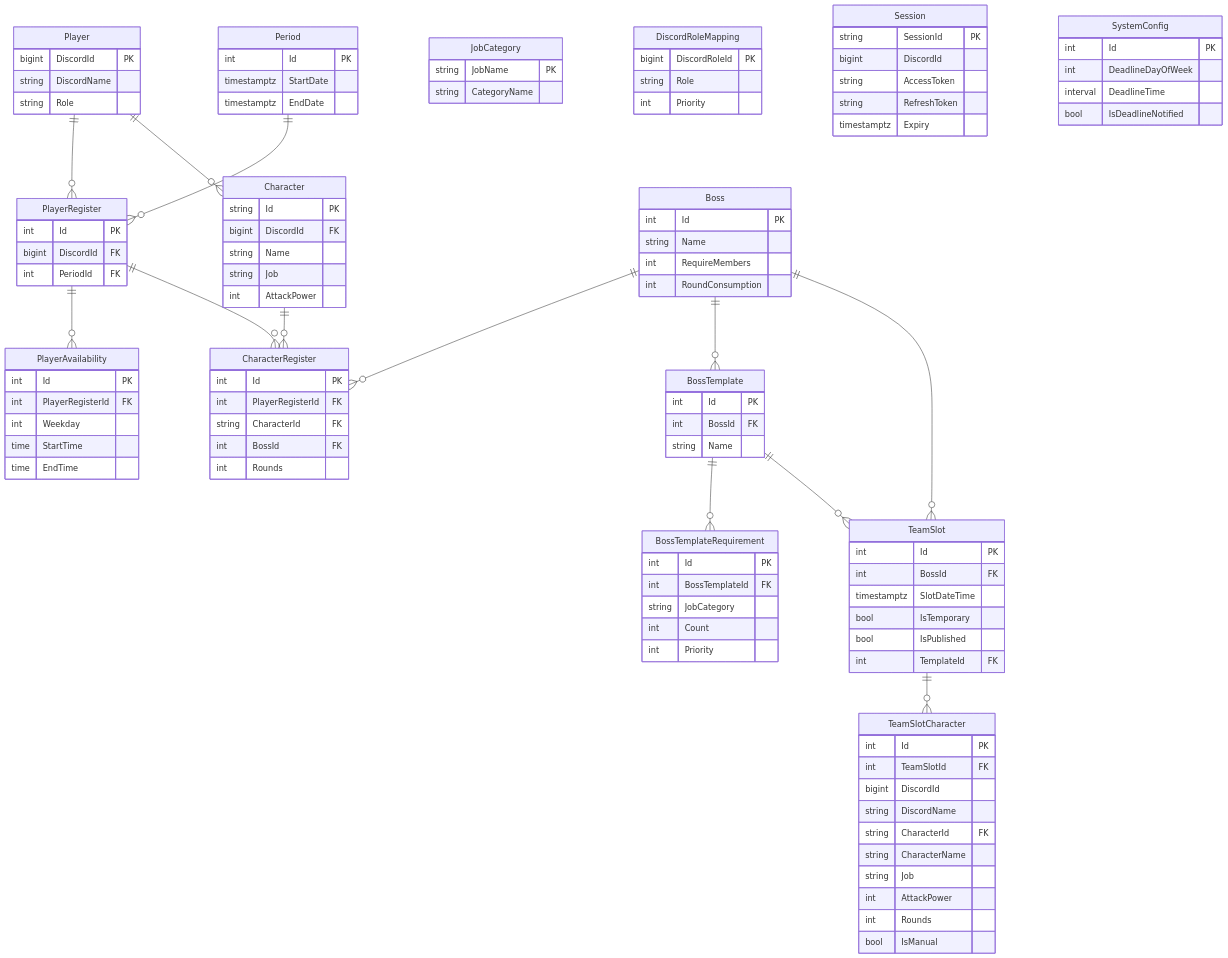
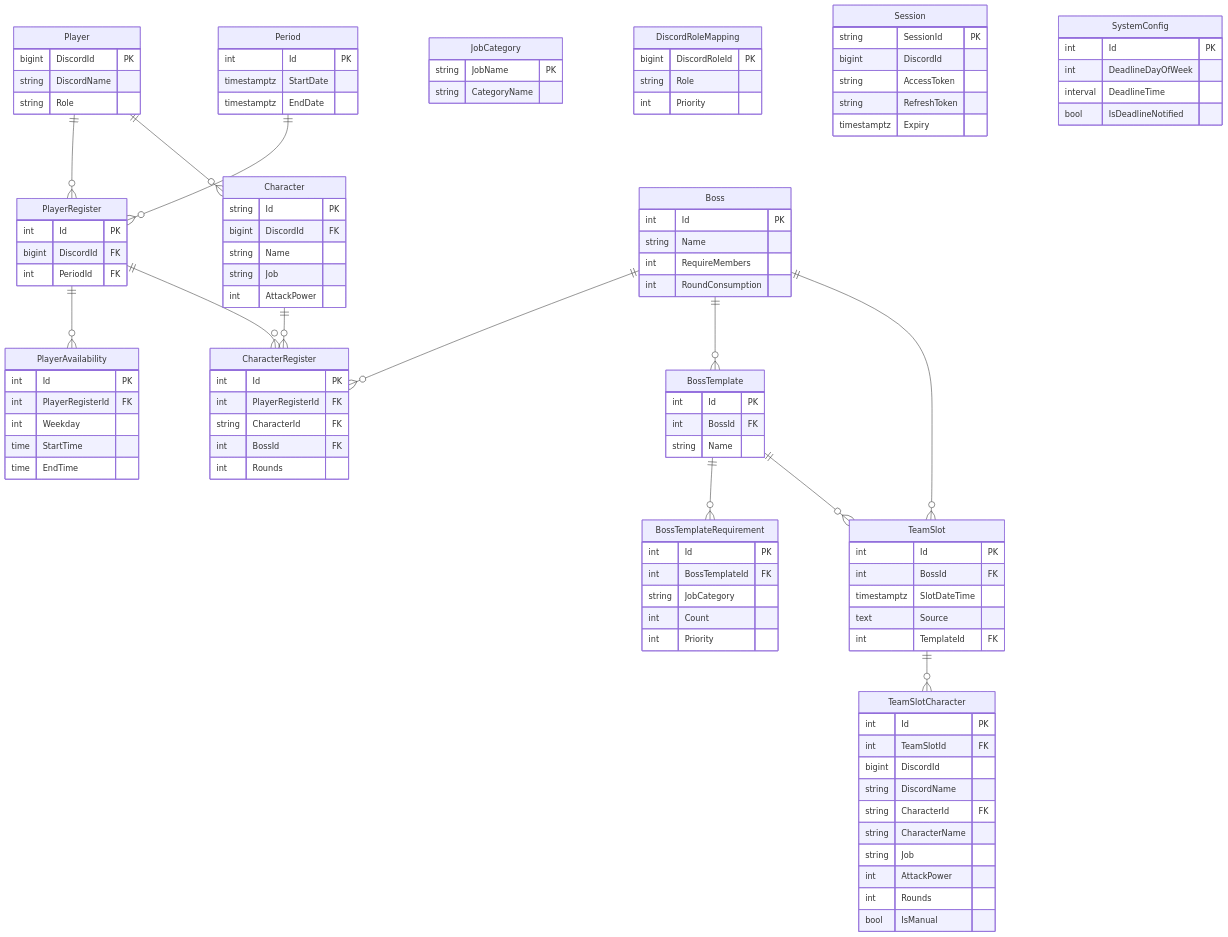
The fourth of 5 diagrams in docs/architecture.md (MinMiss5678/MapleStoryRaidScheduler), drawn with Mermaid before and after one commit. The commit also changed other lines of this file, not shown here.

First line of the commit message:
docs(arch): ERD 與語意更新為 TeamSlot Source 欄位

```diff
--- a/docs/architecture.md
+++ b/docs/architecture.md
@@ -409,8 +410,7 @@
         int Id PK
         int BossId FK
         timestamptz SlotDateTime
-        bool IsTemporary
-        bool IsPublished
+        text Source
         int TemplateId FK
     }
 
```
